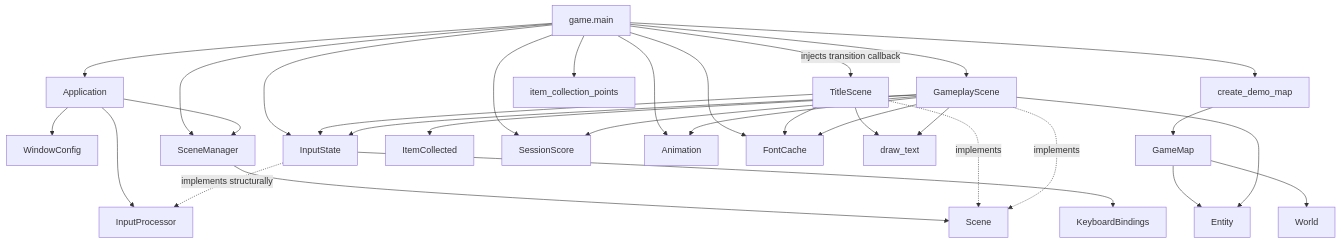
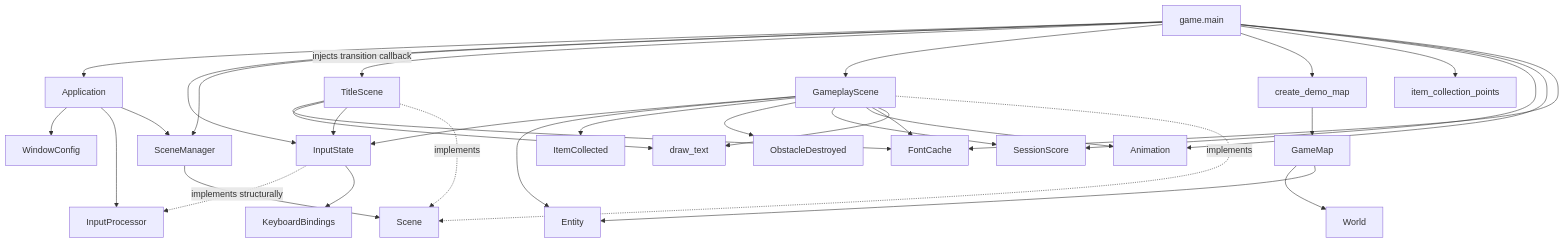
One commit to VincentMardon/my_first_adventure_game changed the diagram in docs/architecture/overview.md. Above: the diagram before and after it, drawn with Mermaid. The commit also changed other lines of this file and 19 other files, not shown here.

````diff
--- a/docs/architecture/overview.md
+++ b/docs/architecture/overview.md
@@ -163,60 +164,62 @@
 ```mermaid
 flowchart TD
     GameMain["game.main"]
     Application["Application"]
     WindowConfig["WindowConfig"]
     InputProcessor["InputProcessor"]
     InputState["InputState"]
     KeyboardBindings["KeyboardBindings"]
     SceneManager["SceneManager"]
     Scene["Scene"]
     TitleScene["TitleScene"]
     GameplayScene["GameplayScene"]
     DemoMap["create_demo_map"]
     GameMap["GameMap"]
     World["World"]
     Entity["Entity"]
     ItemCollected["ItemCollected"]
+    ObstacleDestroyed["ObstacleDestroyed"]
     ItemCollectionPoints["item_collection_points"]
     SessionScore["SessionScore"]
     Animation["Animation"]
     FontCache["FontCache"]
     DrawText["draw_text"]
 
     GameMain --> Application
     GameMain --> InputState
     GameMain --> SceneManager
     GameMain -->|"injects transition callback"| TitleScene
     GameMain --> GameplayScene
     GameMain --> DemoMap
     GameMain --> ItemCollectionPoints
     GameMain --> SessionScore
     GameMain --> Animation
     GameMain --> FontCache
 
     DemoMap --> GameMap
     GameMap --> World
     GameMap --> Entity
 
     Application --> WindowConfig
     Application --> InputProcessor
     Application --> SceneManager
 
     TitleScene --> FontCache
     TitleScene --> DrawText
     TitleScene --> InputState
 
     GameplayScene --> InputState
     GameplayScene --> Entity
     GameplayScene --> ItemCollected
+    GameplayScene --> ObstacleDestroyed
     GameplayScene --> SessionScore
     GameplayScene --> Animation
     GameplayScene --> FontCache
     GameplayScene --> DrawText
 
     InputState -. "implements structurally" .-> InputProcessor
     InputState --> KeyboardBindings
     SceneManager --> Scene
     TitleScene -. "implements" .-> Scene
     GameplayScene -. "implements" .-> Scene
 ```
````
